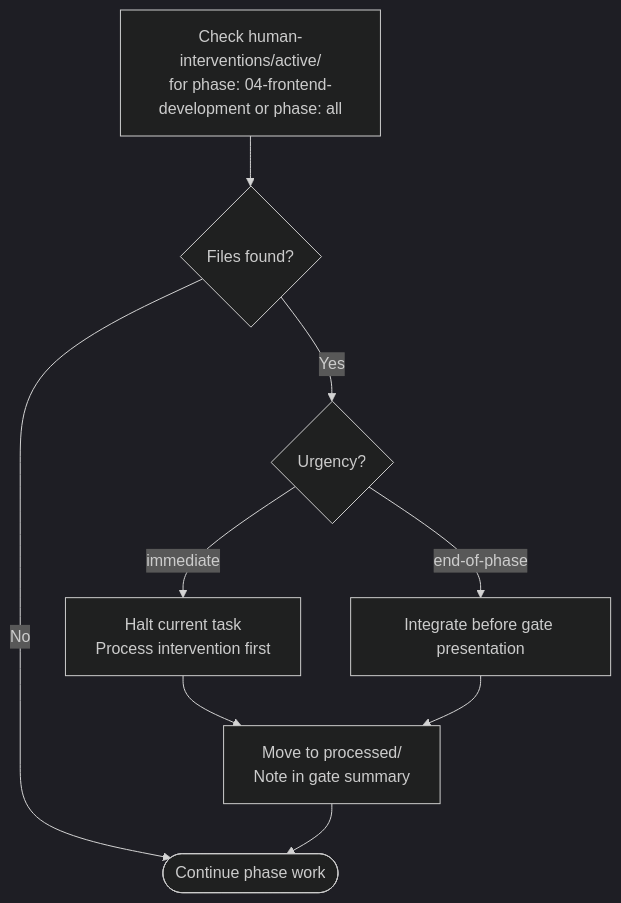
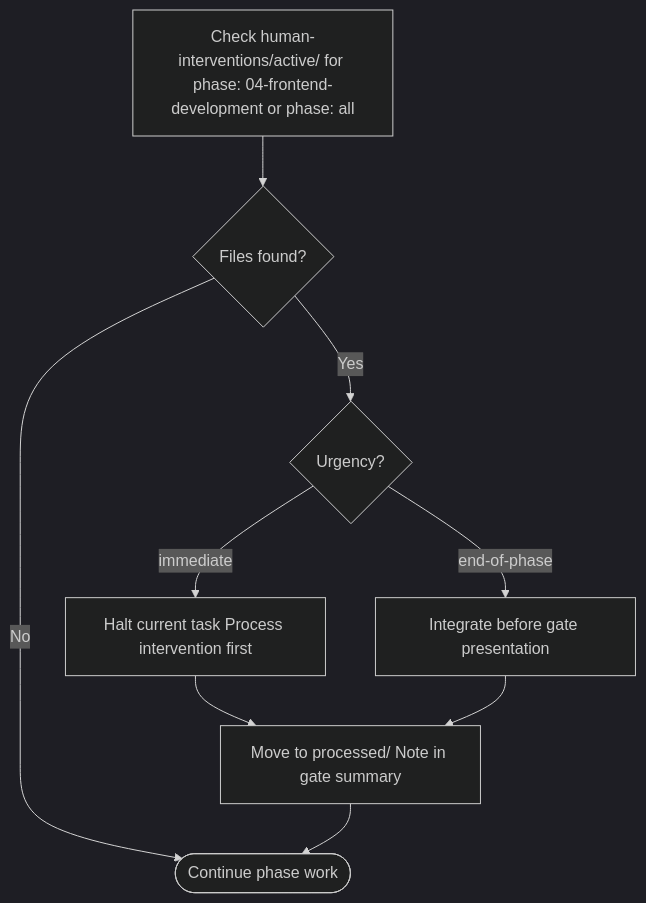
The second of 2 diagrams in .cursor/skills/04-frontend-development/SKILL.md (ivanyeors/product-agentic-templates), drawn with Mermaid (dark theme) before and after one commit. The commit also changed other lines of this file and 39 other files, not shown here.

````diff
--- a/.cursor/skills/04-frontend-development/SKILL.md
+++ b/.cursor/skills/04-frontend-development/SKILL.md
@@ -213,11 +229,11 @@
 ```mermaid
 flowchart TD
-    check[Check human-interventions/active/\nfor phase: 04-frontend-development or phase: all] --> found{Files found?}
+    check[Check human-interventions/active/ for phase: 04-frontend-development or phase: all] --> found{Files found?}
     found -->|No| proceed([Continue phase work])
     found -->|Yes| urgency{Urgency?}
-    urgency -->|immediate| halt[Halt current task\nProcess intervention first]
+    urgency -->|immediate| halt[Halt current task Process intervention first]
     urgency -->|end-of-phase| queue[Integrate before gate presentation]
-    halt --> archive[Move to processed/\nNote in gate summary]
+    halt --> archive[Move to processed/ Note in gate summary]
     queue --> archive
     archive --> proceed
 ```
````
